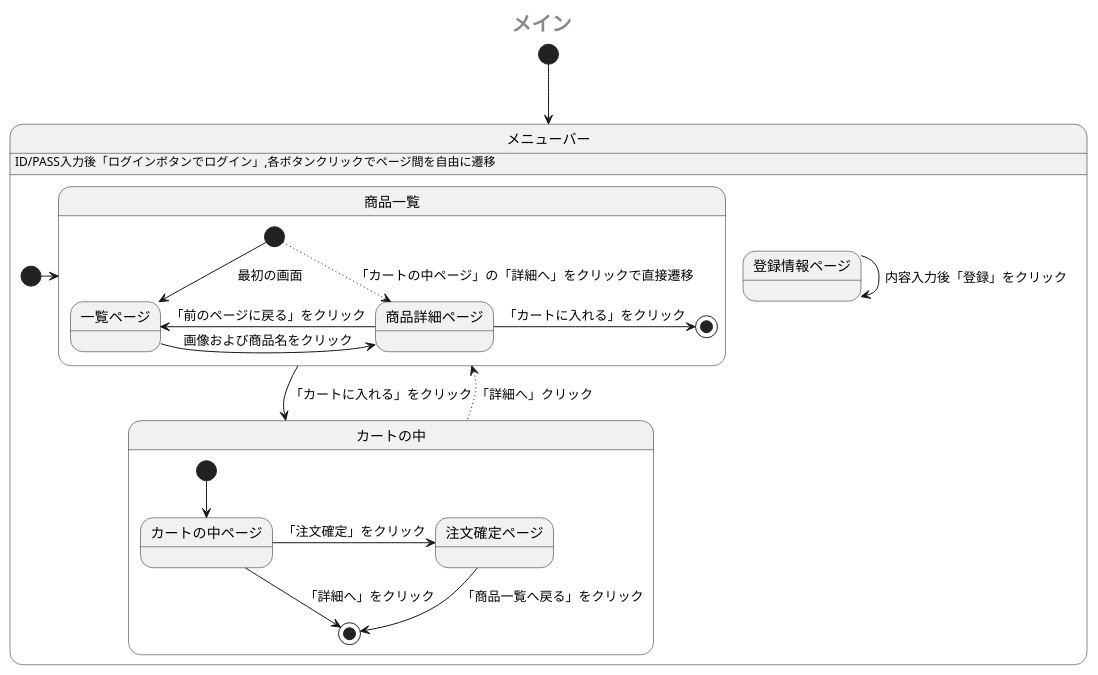
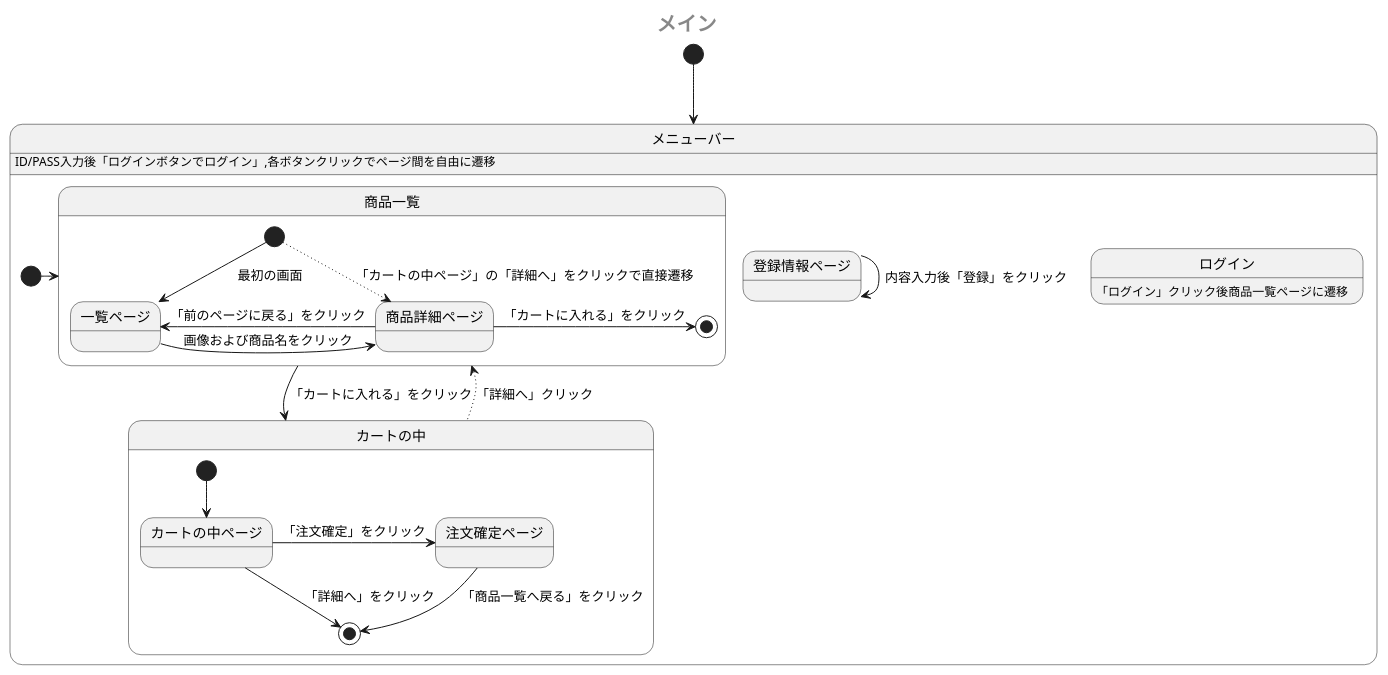
The first of 2 diagrams in sample/StateMachine.md (Aso2001385/2021sys-design), drawn with PlantUML before and after one commit.

````diff
--- a/sample/StateMachine.md
+++ b/sample/StateMachine.md
@@ -1,31 +1,34 @@
 ```uml
 @startuml
  center header <size:20><b>メイン</b></size>
  [*] --> メニューバー
  state メニューバー {
    メニューバー: ID/PASS入力後「ログインボタンでログイン」,各ボタンクリックでページ間を自由に遷移
    [*] -> 商品一覧
    state 商品一覧 {
     [*] --> 一覧ページ:　最初の画面
     [*] -[dotted]-> 商品詳細ページ: 「カートの中ページ」の「詳細へ」をクリックで直接遷移
     一覧ページ -right-> 商品詳細ページ: 画像および商品名をクリック
     商品詳細ページ -left-> 一覧ページ: 「前のページに戻る」をクリック
     商品詳細ページ -right-> [*]: 「カートに入れる」をクリック
     
    }
    商品一覧 -down-> カートの中:「カートに入れる」をクリック
    state カートの中 {
     [*] --> カートの中ページ
     カートの中ページ --> [*]:「詳細へ」をクリック
     カートの中ページ -> 注文確定ページ:「注文確定」をクリック 
     注文確定ページ --> [*]: 「商品一覧へ戻る」をクリック
    }
    カートの中 -up[dotted]-> 商品一覧:「詳細へ」クリック
   
-   登録情報ページ -down> 登録情報ページ:内容入力後「登録」をクリック
+   登録情報ページ --> 登録情報ページ:内容入力後「登録」をクリック
+   
+   ログイン:「ログイン」クリック後商品一覧ページに遷移
+   
    
    
  }
  
 @enduml
 ```
````
